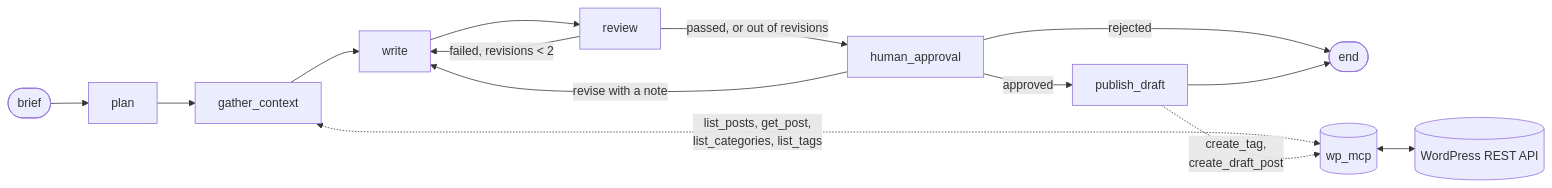
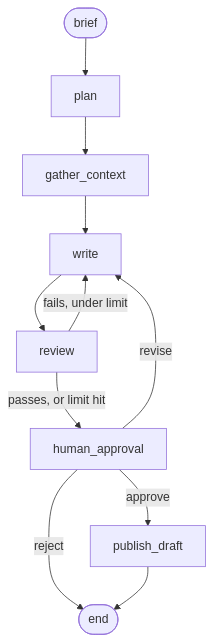
Before and after one commit to reeenatamc/wp-content-agent: the diagram in README.md, drawn with Mermaid. The commit also changed other lines of this file, not shown here.

Commit message:
docs: simplify the README graph diagram (#33)
* docs: simplify the README graph diagram

* docs: show the revision limit in the diagram

````diff
--- a/README.md
+++ b/README.md
@@ -18,17 +18,10 @@
 ```mermaid
-flowchart LR
-    brief([brief]) --> plan
-    plan --> gather_context
-    gather_context --> write
-    write --> review
-    review -- "failed, revisions < 2" --> write
-    review -- "passed, or out of revisions" --> human_approval
-    human_approval -- approved --> publish_draft
-    human_approval -- "revise with a note" --> write
-    human_approval -- rejected --> done([end])
+flowchart TD
+    brief([brief]) --> plan --> gather_context --> write --> review
+    review -- "fails, under limit" --> write
+    review -- "passes, or limit hit" --> human_approval
+    human_approval -- revise --> write
+    human_approval -- approve --> publish_draft
+    human_approval -- reject --> done([end])
     publish_draft --> done
-
-    gather_context <-. "list_posts, get_post,<br/>list_categories, list_tags" .-> mcp[(wp_mcp)]
-    publish_draft -. "create_tag,<br/>create_draft_post" .-> mcp
-    mcp <--> wp[(WordPress REST API)]
 ```
````
